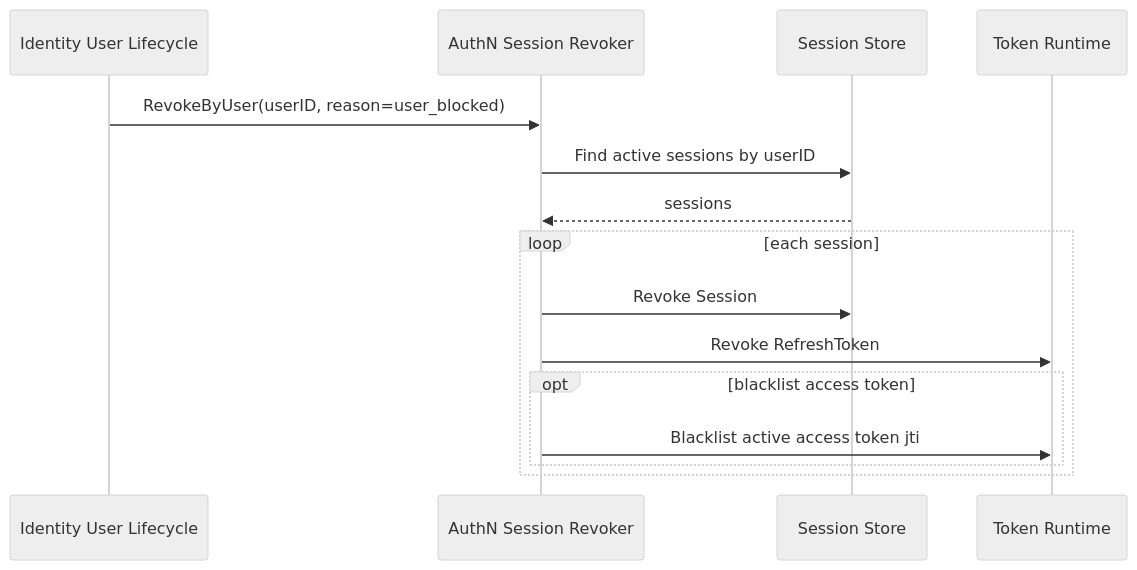
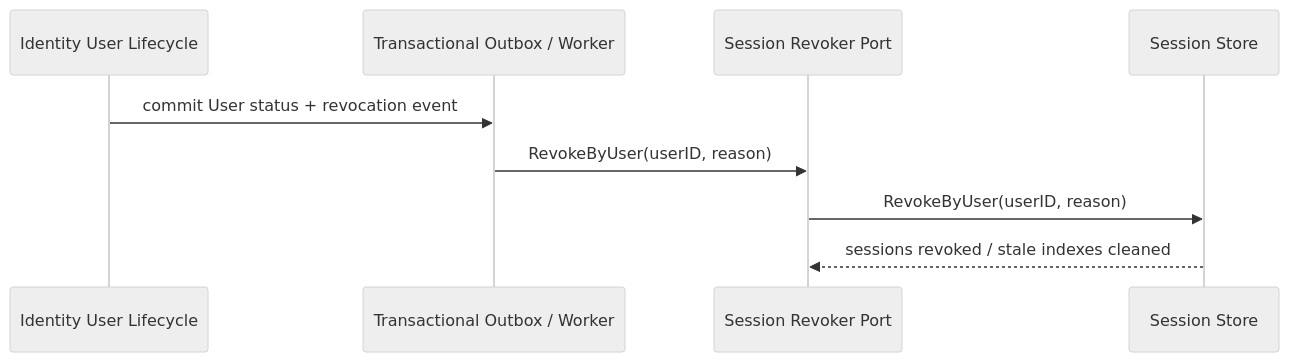
One commit to FangcunMount/iam changed the seventh of 9 diagrams in docs/02-业务模块/02-AuthN/05-关键链路-Token签发刷新吊销.md. Above: the diagram before and after it, drawn with Mermaid (neutral theme). The commit also changed other lines of this file and 61 other files, not shown here.

````diff
--- a/docs/02-业务模块/02-AuthN/05-关键链路-Token签发刷新吊销.md
+++ b/docs/02-业务模块/02-AuthN/05-关键链路-Token签发刷新吊销.md
@@ -486,18 +527,12 @@
 ```mermaid
 sequenceDiagram
     participant Identity as Identity User Lifecycle
-    participant A as AuthN Session Revoker
+    participant O as Transactional Outbox / Worker
+    participant A as Session Revoker Port
     participant SS as Session Store
-    participant TR as Token Runtime
 
-    Identity->>A: RevokeByUser(userID, reason=user_blocked)
-    A->>SS: Find active sessions by userID
-    SS-->>A: sessions
-    loop each session
-        A->>SS: Revoke Session
-        A->>TR: Revoke RefreshToken
-        opt blacklist access token
-            A->>TR: Blacklist active access token jti
-        end
-    end
+    Identity->>O: commit User status + revocation event
+    O->>A: RevokeByUser(userID, reason)
+    A->>SS: RevokeByUser(userID, reason)
+    SS-->>A: sessions revoked / stale indexes cleaned
 ```
````
